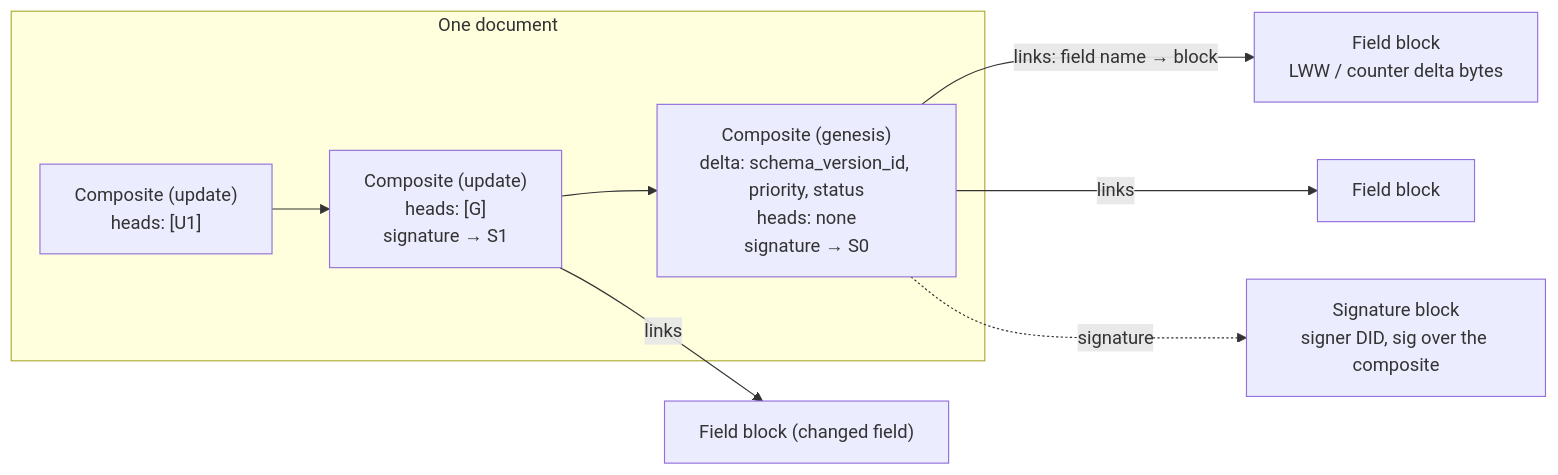
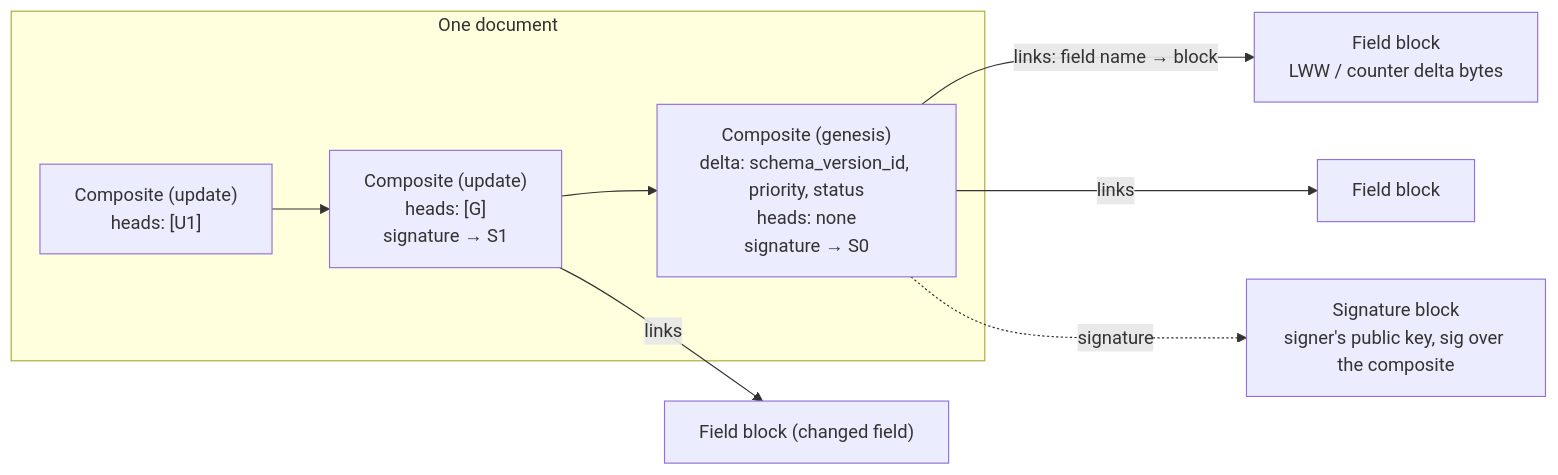
Before and after one commit to sourcenetwork/defradb.rs: the third of 10 diagrams in governed-collections.md, drawn with Mermaid. The commit also changed other lines of this file, not shown here.

````diff
--- a/governed-collections.md
+++ b/governed-collections.md
@@ -121,14 +121,14 @@
 ```mermaid
 flowchart LR
   subgraph doc["One document"]
     G["Composite (genesis)<br/>delta: schema_version_id, priority, status<br/>heads: none<br/>signature → S0"]
     U1["Composite (update)<br/>heads: [G]<br/>signature → S1"]
     U2["Composite (update)<br/>heads: [U1]"]
     U1 --> G
     U2 --> U1
   end
   G -- "links: field name → block" --> f1["Field block<br/>LWW / counter delta bytes"]
   G -- links --> f2["Field block"]
   U1 -- links --> f3["Field block (changed field)"]
-  G -. signature .-> S0["Signature block<br/>signer DID, sig over the composite"]
+  G -. signature .-> S0["Signature block<br/>signer's public key, sig over the composite"]
 ```
````
